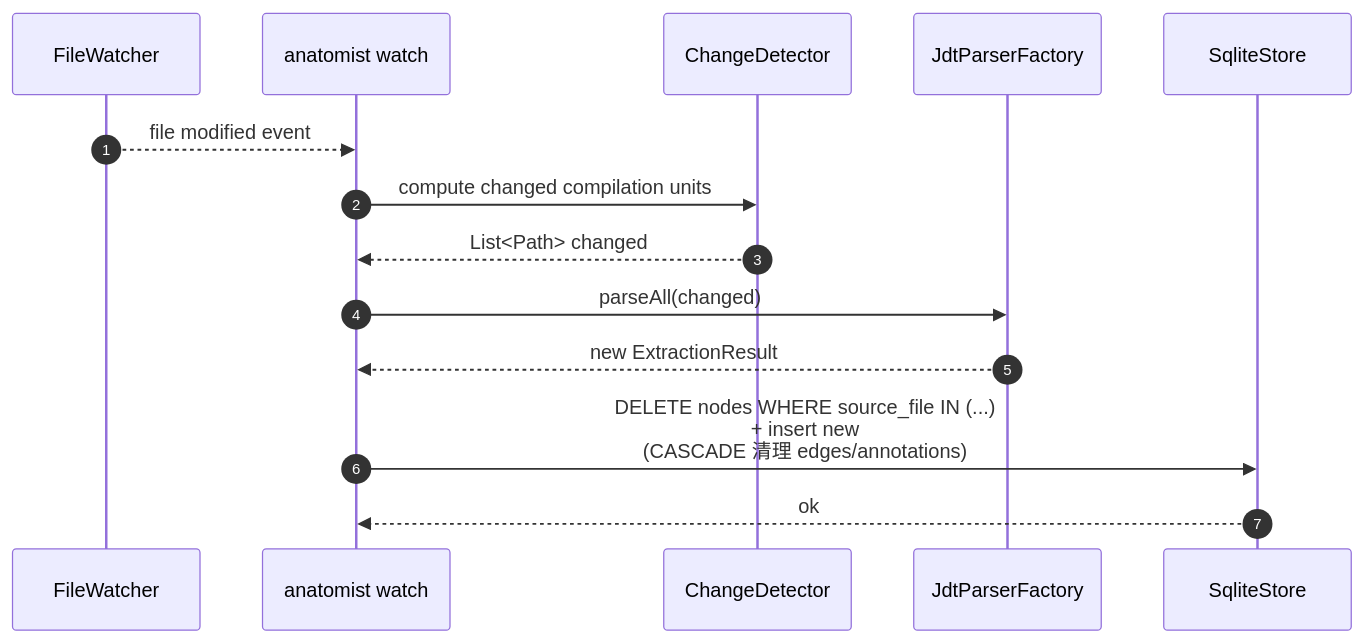
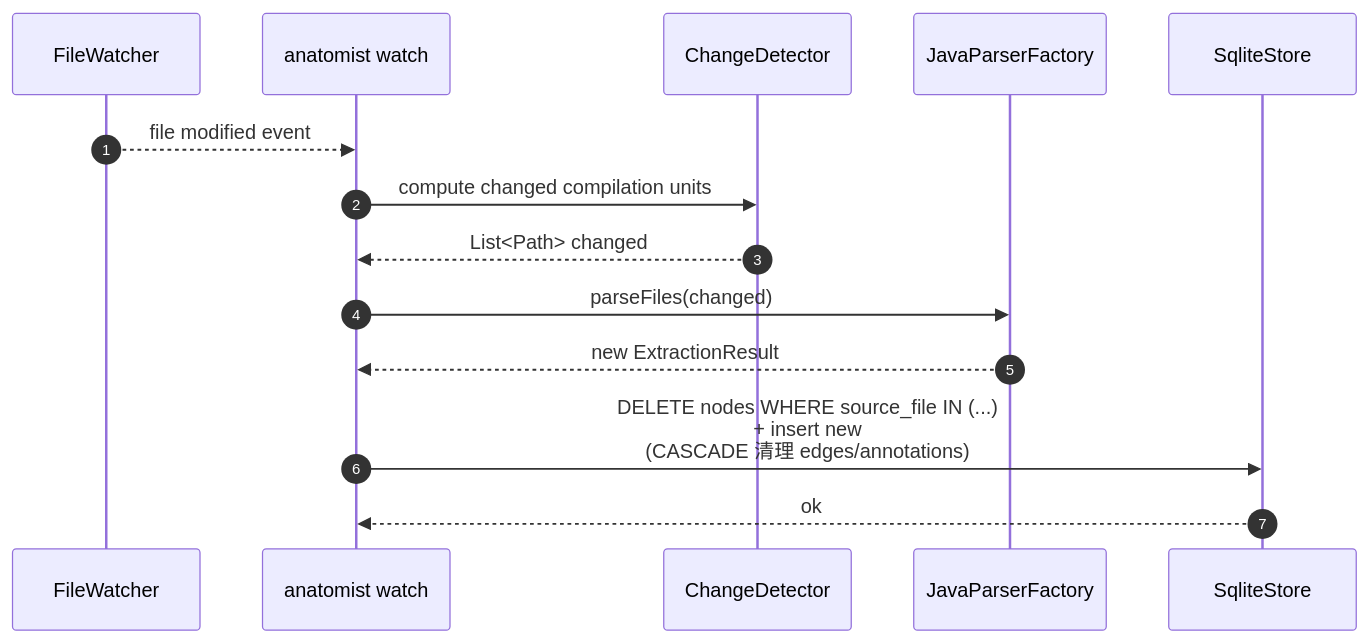
The fourth of 4 diagrams in .diorama/knowledge/facts/domain-model.md (stream-iori/anatomist), drawn with Mermaid before and after one commit. The commit also changed other lines of this file and 51 other files, not shown here.

First line of the commit message:
Replace JDT with JavaParser + SymbolSolver

````diff
--- a/.diorama/knowledge/facts/domain-model.md
+++ b/.diorama/knowledge/facts/domain-model.md
@@ -162,17 +162,17 @@
 ```mermaid
 sequenceDiagram
     autonumber
     participant FS as FileWatcher
     participant CLI as anatomist watch
     participant Diff as ChangeDetector
-    participant JF as JdtParserFactory
+    participant JF as JavaParserFactory
     participant SS as SqliteStore
 
     FS-->>CLI: file modified event
     CLI->>Diff: compute changed compilation units
     Diff-->>CLI: List<Path> changed
-    CLI->>JF: parseAll(changed)
+    CLI->>JF: parseFiles(changed)
     JF-->>CLI: new ExtractionResult
     CLI->>SS: DELETE nodes WHERE source_file IN (...) <br/>+ insert new<br/>(CASCADE 清理 edges/annotations)
     SS-->>CLI: ok
 ```
````
